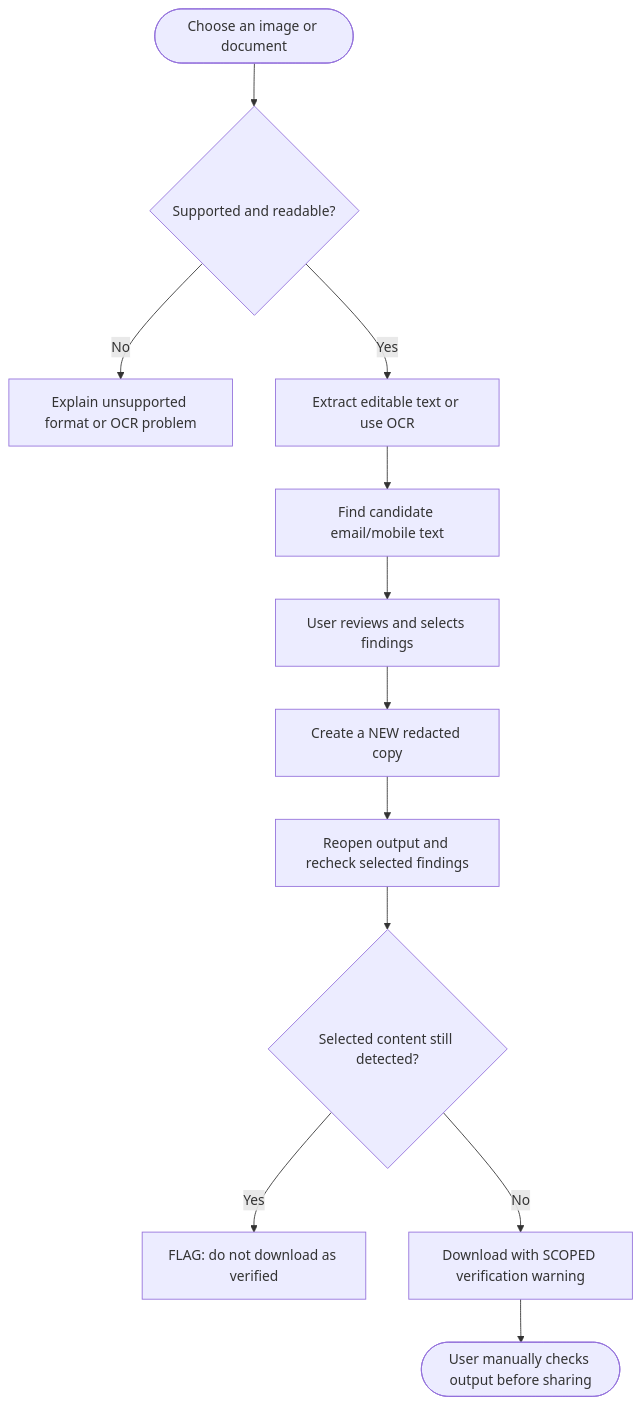
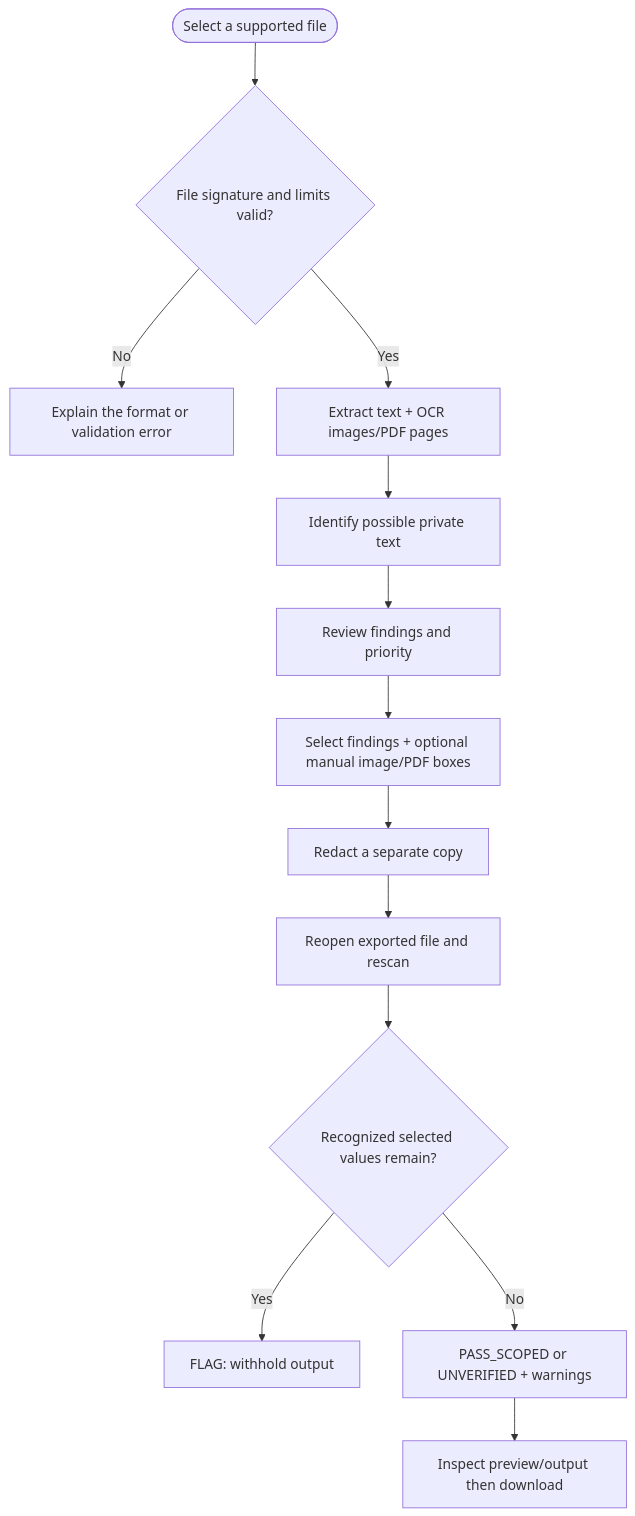
Before and after one commit to krutharth-dev/ShareShield: the first of 2 diagrams in README.md, drawn with Mermaid. The commit also changed other lines of this file, not shown here.

Commit message:
docs: align project overview with new review UI, Indian PII and manual masking

````diff
--- a/README.md
+++ b/README.md
@@ -35,14 +35,15 @@
-~~~mermaid
+```mermaid
 flowchart TD
-    A([Choose an image or document]) --> B{Supported and readable?}
-    B -->|No| X[Explain unsupported format or OCR problem]
-    B -->|Yes| C[Extract editable text or use OCR]
-    C --> D[Find candidate email/mobile text]
-    D --> E[User reviews and selects findings]
-    E --> F[Create a NEW redacted copy]
-    F --> G[Reopen output and recheck selected findings]
-    G --> H{Selected content still detected?}
-    H -->|Yes| J[FLAG: do not download as verified]
-    H -->|No| K[Download with SCOPED verification warning]
-    K --> L([User manually checks output before sharing])
-~~~
+    A([Select a supported file]) --> B{File signature and limits valid?}
+    B -->|No| X[Explain the format or validation error]
+    B -->|Yes| C[Extract text + OCR images/PDF pages]
+    C --> D[Identify possible private text]
+    D --> E[Review findings and priority]
+    E --> M[Select findings + optional manual image/PDF boxes]
+    M --> F[Redact a separate copy]
+    F --> G[Reopen exported file and rescan]
+    G --> H{Recognized selected values remain?}
+    H -->|Yes| I[FLAG: withhold output]
+    H -->|No| J[PASS_SCOPED or UNVERIFIED + warnings]
+    J --> K[Inspect preview/output then download]
+```
````
